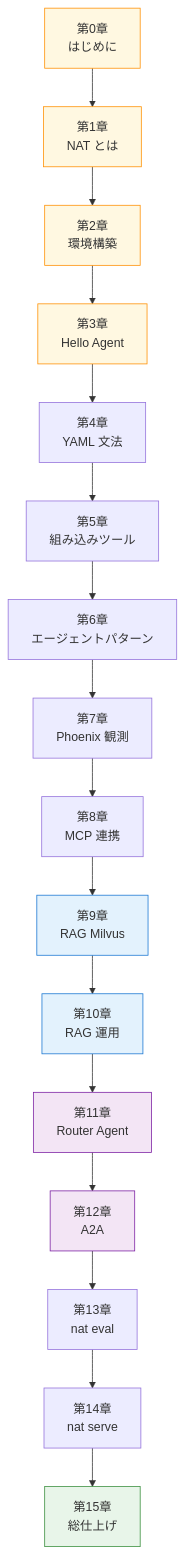
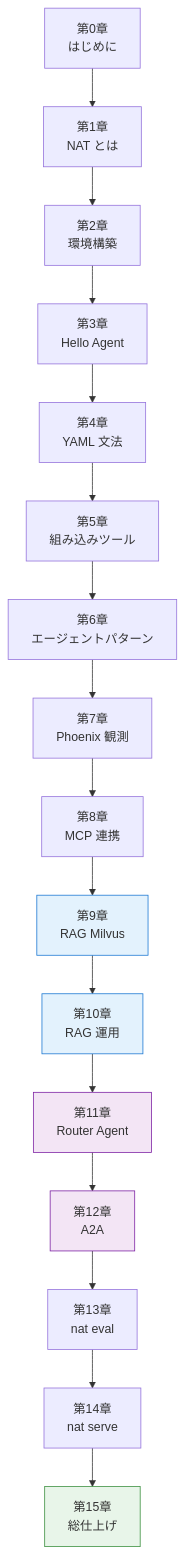
One commit to himorishige/zenn-contents changed the second of 2 diagrams in books/nemo-agent-toolkit-nim-handson/00-intro.md. Above: the diagram before and after it, drawn with Mermaid. The commit also changed other lines of this file and 4 other files, not shown here.

````diff
--- a/books/nemo-agent-toolkit-nim-handson/00-intro.md
+++ b/books/nemo-agent-toolkit-nim-handson/00-intro.md
@@ -129,27 +128,23 @@
 ```mermaid
 graph TD
     C0["第0章<br/>はじめに"] --> C1["第1章<br/>NAT とは"]
     C1 --> C2["第2章<br/>環境構築"]
     C2 --> C3["第3章<br/>Hello Agent"]
     C3 --> C4["第4章<br/>YAML 文法"]
     C4 --> C5["第5章<br/>組み込みツール"]
     C5 --> C6["第6章<br/>エージェントパターン"]
     C6 --> C7["第7章<br/>Phoenix 観測"]
     C7 --> C8["第8章<br/>MCP 連携"]
     C8 --> C9["第9章<br/>RAG Milvus"]
     C9 --> C10["第10章<br/>RAG 運用"]
     C10 --> C11["第11章<br/>Router Agent"]
     C11 --> C12["第12章<br/>A2A"]
     C12 --> C13["第13章<br/>nat eval"]
     C13 --> C14["第14章<br/>nat serve"]
     C14 --> C15["第15章<br/>総仕上げ"]
-    style C0 fill:#fff8e1,stroke:#ff8f00
-    style C1 fill:#fff8e1,stroke:#ff8f00
-    style C2 fill:#fff8e1,stroke:#ff8f00
-    style C3 fill:#fff8e1,stroke:#ff8f00
     style C9 fill:#e3f2fd,stroke:#1976d2
     style C10 fill:#e3f2fd,stroke:#1976d2
     style C11 fill:#f3e5f5,stroke:#7b1fa2
     style C12 fill:#f3e5f5,stroke:#7b1fa2
     style C15 fill:#e8f5e9,stroke:#388e3c
 ```
````
